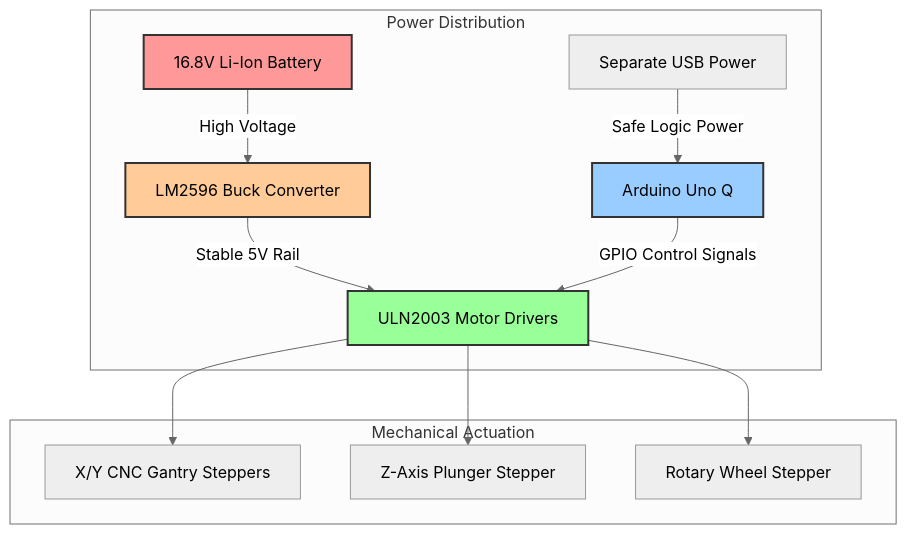
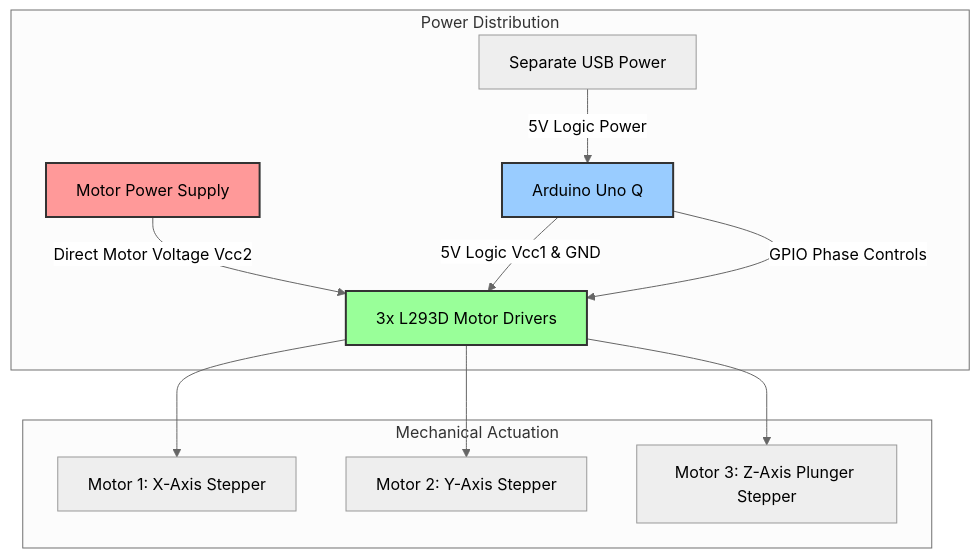
Before and after one commit to RealASHWIN122/Blister-bot-main-: the second of 6 diagrams in README.md, drawn with Mermaid (neutral theme). The commit also changed other lines of this file and 3 other files, not shown here.

Commit message:
docs: Update motor architecture to 3x L293D drivers without buck converter and add CNC moving trial video

````diff
--- a/README.md
+++ b/README.md
@@ -118,21 +115,20 @@
 ```mermaid
 graph TD
     subgraph Power Distribution
-        BATT[16.8V Li-Ion Battery] -->|High Voltage| BUCK[LM2596 Buck Converter]
-        BUCK -->|Stable 5V Rail| DRIVERS[ULN2003 Motor Drivers]
-        USB[Separate USB Power] -->|Safe Logic Power| UNO[Arduino Uno Q]
+        BATT[Motor Power Supply] -->|Direct Motor Voltage Vcc2| DRIVERS[3x L293D Motor Drivers]
+        USB[Separate USB Power] -->|5V Logic Power| UNO[Arduino Uno Q]
+        UNO -->|5V Logic Vcc1 & GND| DRIVERS
     end
 
     subgraph Mechanical Actuation
-        DRIVERS --> X[X/Y CNC Gantry Steppers]
-        DRIVERS --> Z[Z-Axis Plunger Stepper]
-        DRIVERS --> W[Rotary Wheel Stepper]
+        DRIVERS --> X[Motor 1: X-Axis Stepper]
+        DRIVERS --> Y[Motor 2: Y-Axis Stepper]
+        DRIVERS --> Z[Motor 3: Z-Axis Plunger Stepper]
     end
 
-    UNO -->|GPIO Control Signals| DRIVERS
+    UNO -->|GPIO Phase Controls| DRIVERS
     
     style BATT fill:#ff9999,stroke:#333,stroke-width:2px
-    style BUCK fill:#ffcc99,stroke:#333,stroke-width:2px
     style UNO fill:#99ccff,stroke:#333,stroke-width:2px
     style DRIVERS fill:#99ff99,stroke:#333,stroke-width:2px
 ```
````
